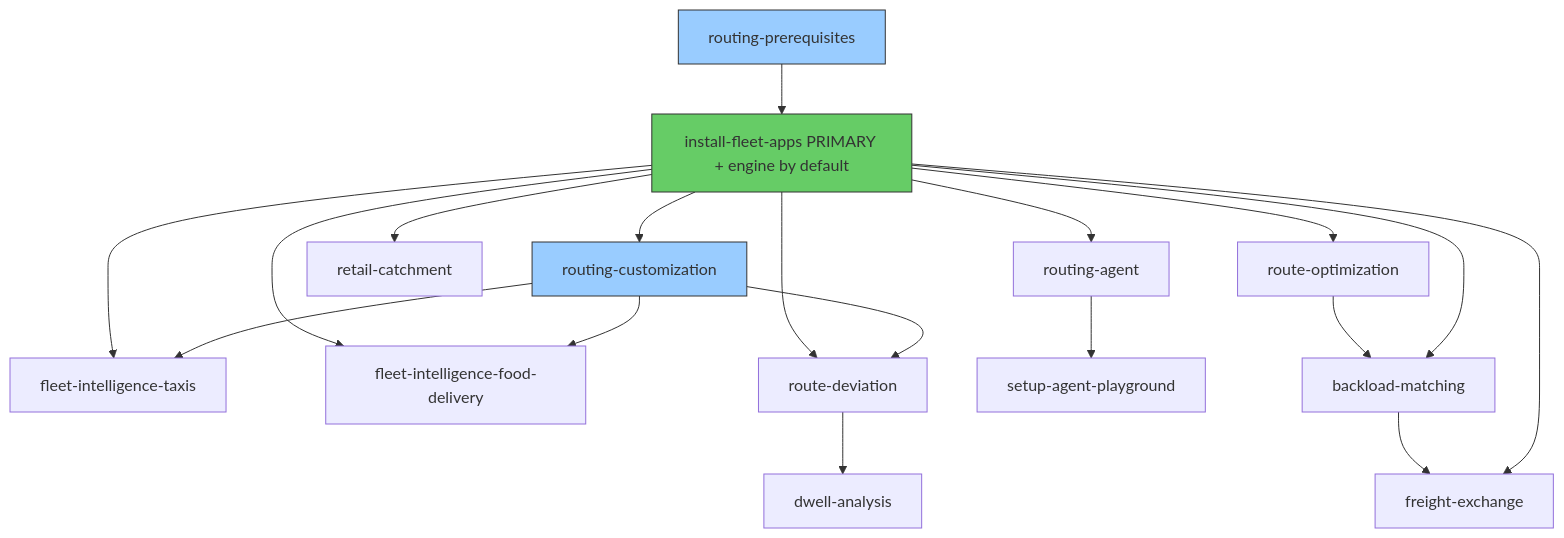
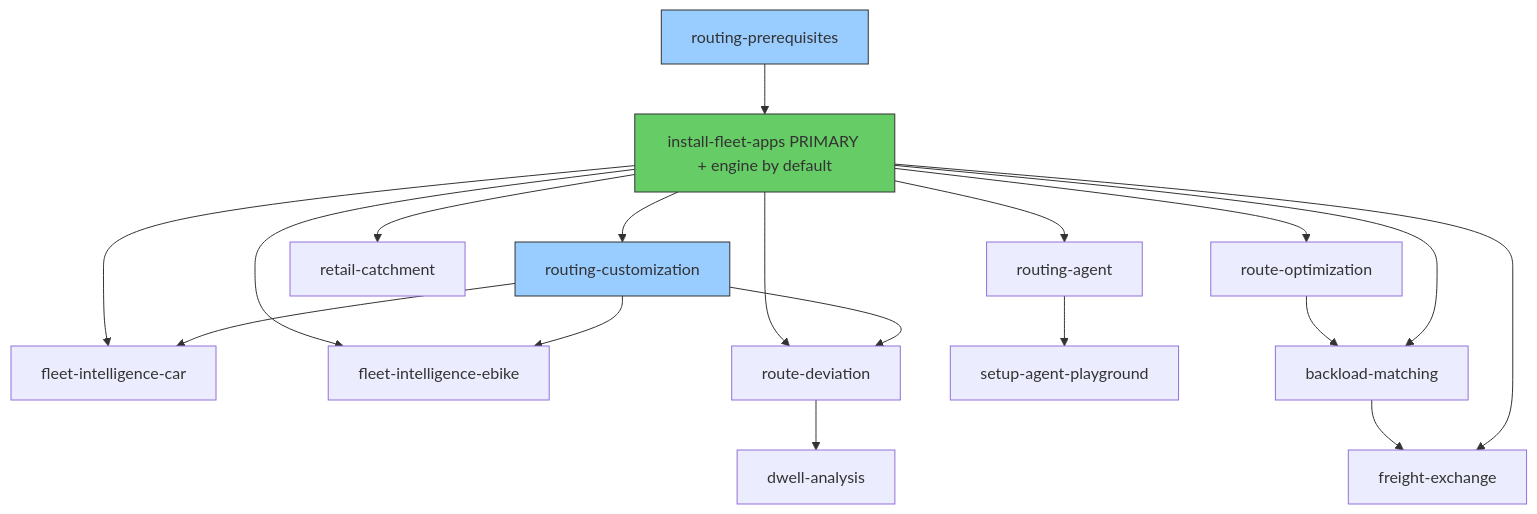
The diagram in AGENTS.md (Snowflake-Labs/sfguide-create-a-route-optimisation-and-vehicle-route-plan-simulator), drawn with Mermaid before and after one commit. The commit also changed other lines of this file and 27 other files, not shown here.

First line of the commit message:
refactor(skills): rename fleet-intelligence-taxis/-food-delivery to -car/-ebike (Tier B)

````diff
--- a/AGENTS.md
+++ b/AGENTS.md
@@ -313,24 +313,24 @@
 ```mermaid
 graph TD
     RP[routing-prerequisites] --> IFA[install-fleet-apps PRIMARY + engine by default]
     IFA --> RC[routing-customization]
     IFA --> RO[route-optimization]
-    IFA --> FIT[fleet-intelligence-taxis]
-    IFA --> FIFD[fleet-intelligence-food-delivery]
+    IFA --> FIT[fleet-intelligence-car]
+    IFA --> FIFD[fleet-intelligence-ebike]
     IFA --> RET[retail-catchment]
     IFA --> RD[route-deviation]
     IFA --> RA[routing-agent]
     RA --> SAP[setup-agent-playground]
     RO --> BM[backload-matching]
     IFA --> BM
     BM --> FX[freight-exchange]
     IFA --> FX
     RC --> FIT
     RC --> FIFD
     RC --> RD
  RD --> DA[dwell-analysis]
 
  style IFA fill:#6c6,stroke:#333
  style RP fill:#9cf,stroke:#333
  style RC fill:#9cf,stroke:#333
 ```
````
